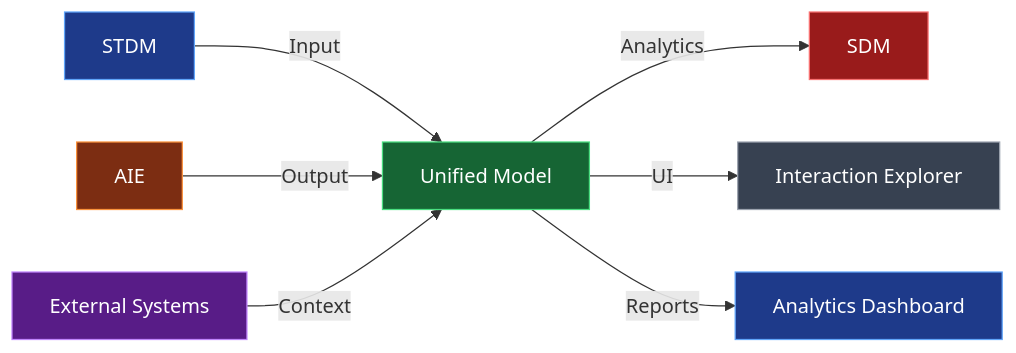
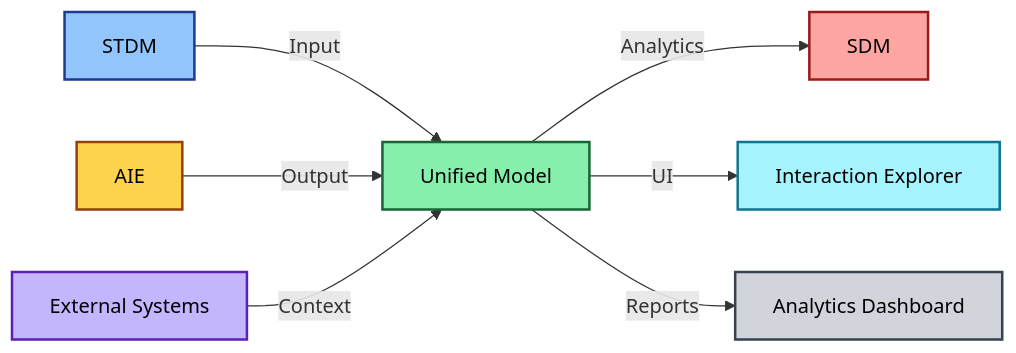
One commit to arupsarkar-sfdc/Misc changed the fourth of 6 diagrams in agentforce/observability/README_Agentforce_Observability_Data_Models.md. Above: the diagram before and after it, drawn with Mermaid. The commit also changed other lines of this file and 2 other files, not shown here.

````diff
--- a/agentforce/observability/README_Agentforce_Observability_Data_Models.md
+++ b/agentforce/observability/README_Agentforce_Observability_Data_Models.md
@@ -437,17 +437,17 @@
 ```mermaid
 graph LR
     A[STDM] -->|Input| B[Unified Model]
     C[AIE] -->|Output| B
     D[External Systems] -->|Context| B
     B -->|Analytics| E[SDM]
     B -->|UI| F[Interaction Explorer]
     B -->|Reports| G[Analytics Dashboard]
     
-    style A fill:#1e3a8a,stroke:#60a5fa,color:#ffffff
-    style B fill:#166534,stroke:#4ade80,color:#ffffff
-    style C fill:#7c2d12,stroke:#fb923c,color:#ffffff
-    style D fill:#581c87,stroke:#c084fc,color:#ffffff
-    style E fill:#991b1b,stroke:#f87171,color:#ffffff
-    style F fill:#374151,stroke:#9ca3af,color:#ffffff
-    style G fill:#1e3a8a,stroke:#60a5fa,color:#ffffff
+    style A fill:#93c5fd,stroke:#1e3a8a,stroke-width:2px,color:#000
+    style B fill:#86efac,stroke:#166534,stroke-width:2px,color:#000
+    style C fill:#fcd34d,stroke:#92400e,stroke-width:2px,color:#000
+    style D fill:#c4b5fd,stroke:#5b21b6,stroke-width:2px,color:#000
+    style E fill:#fca5a1,stroke:#991b1b,stroke-width:2px,color:#000
+    style F fill:#a5f3fc,stroke:#0e7490,stroke-width:2px,color:#000
+    style G fill:#d1d5db,stroke:#374151,stroke-width:2px,color:#000
 ```
````
